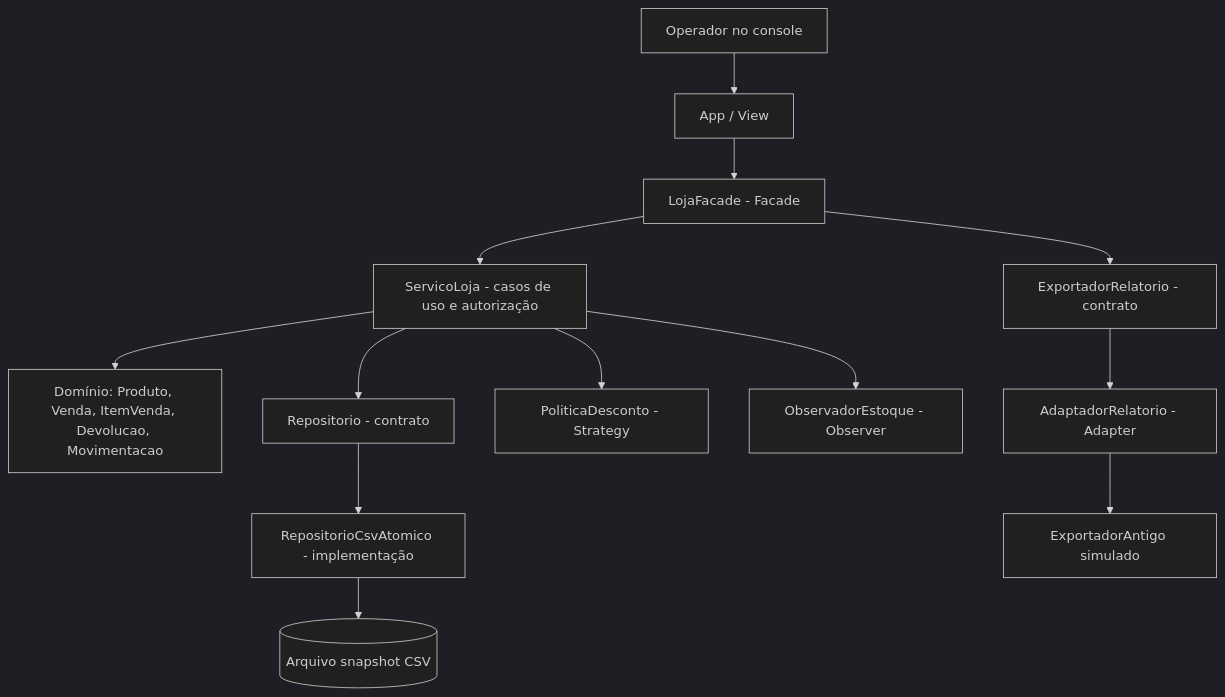
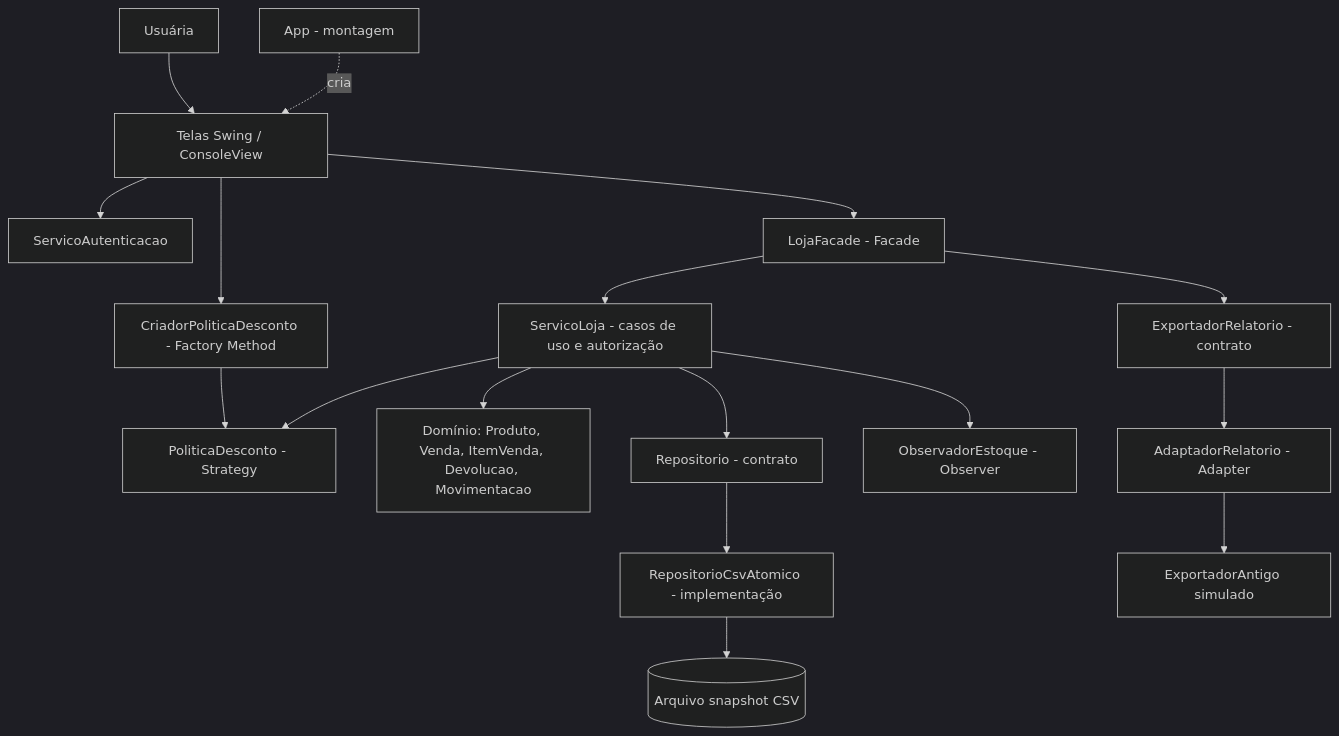
One commit to annamelx/StockFlow-aps changed the first of 2 diagrams in docs/arquitetura.md. Above: the diagram before and after it, drawn with Mermaid (dark theme). The commit also changed other lines of this file and 52 other files, not shown here.

First line of the commit message:
Interface gráfica StockFlow, Factory Method, desconto progressivo e documentação atualizada

````diff
--- a/docs/arquitetura.md
+++ b/docs/arquitetura.md
@@ -7,15 +7,19 @@
 ```mermaid
 flowchart TD
-  U[Operador no console] --> A[App / View]
-  A --> F[LojaFacade - Facade]
+  U[Usuária] --> G[Telas Swing / ConsoleView]
+  M[App - montagem] -.cria.-> G
+  G --> AU[ServicoAutenticacao]
+  G --> FM[CriadorPoliticaDesconto - Factory Method]
+  FM --> P
+  G --> F[LojaFacade - Facade]
   F --> S[ServicoLoja - casos de uso e autorização]
   S --> D[Domínio: Produto, Venda, ItemVenda, Devolucao, Movimentacao]
   S --> R[Repositorio - contrato]
   R --> C[RepositorioCsvAtomico - implementação]
   C --> Z[(Arquivo snapshot CSV)]
   S --> P[PoliticaDesconto - Strategy]
   S --> O[ObservadorEstoque - Observer]
   F --> E[ExportadorRelatorio - contrato]
   E --> AD[AdaptadorRelatorio - Adapter]
   AD --> L[ExportadorAntigo simulado]
 ```
````
